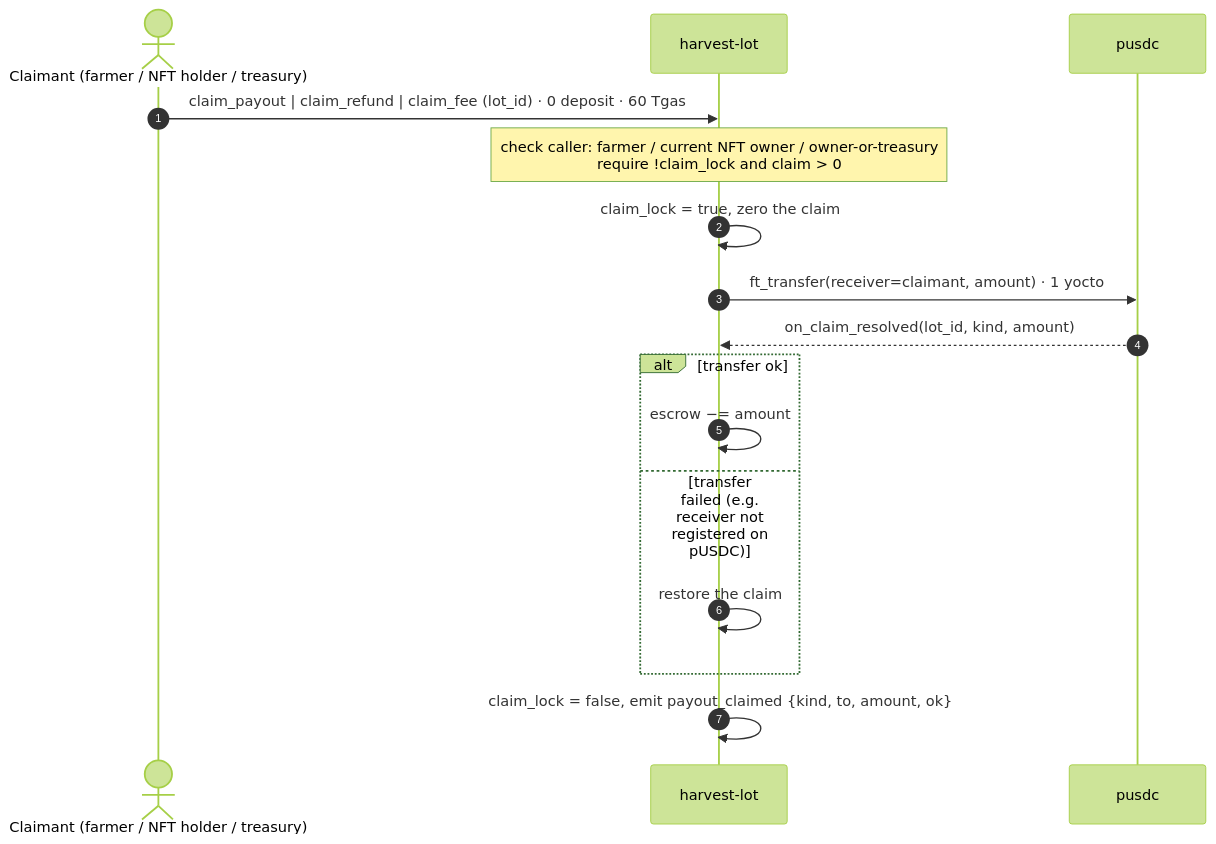
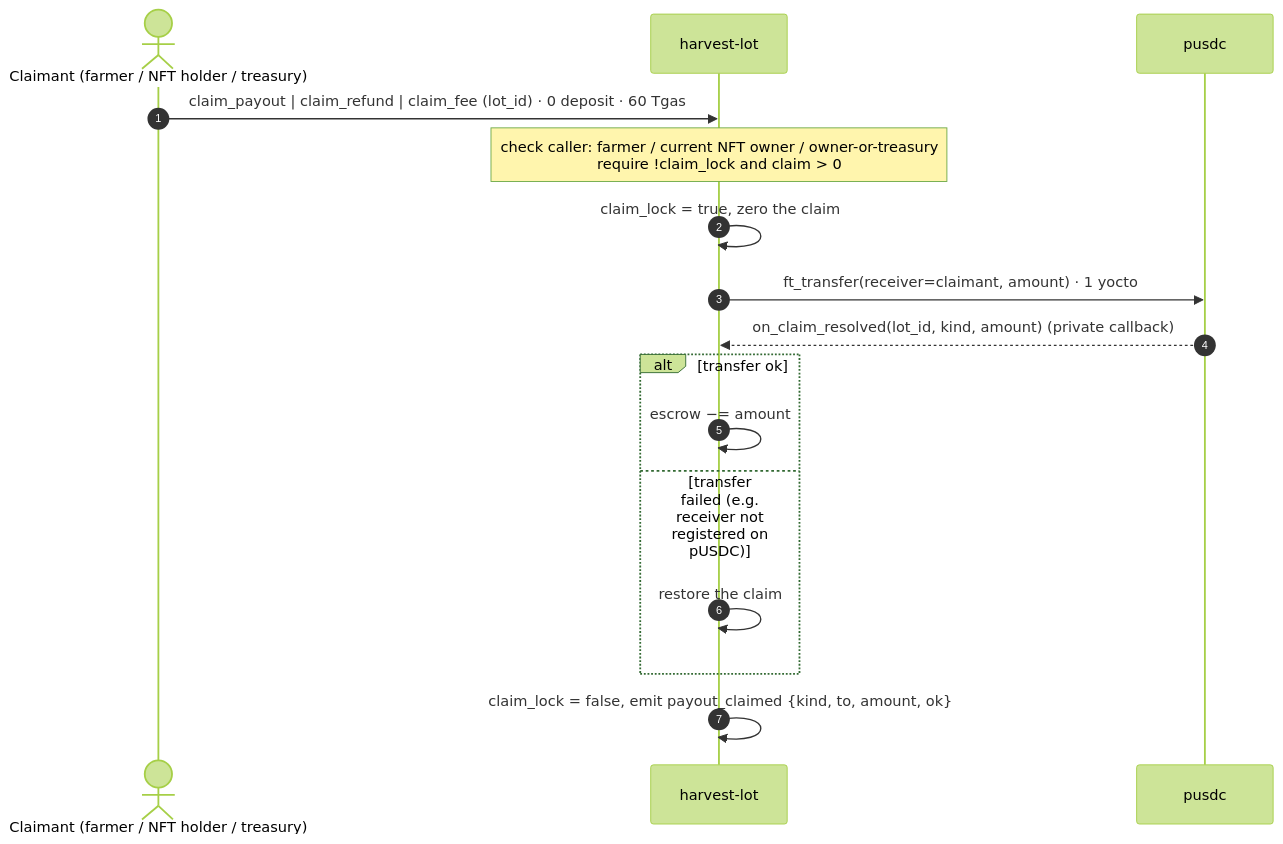
The fourth of 4 diagrams in docs/ARCHITECTURE.md (hellodanzr/pratala-near), drawn with Mermaid (forest theme) before and after one commit. The commit also changed other lines of this file, not shown here.

Commit message:
docs: architecture mermaid labels render on GitHub; clarify field-agent limit

````diff
--- a/docs/ARCHITECTURE.md
+++ b/docs/ARCHITECTURE.md
@@ -98,18 +98,18 @@
 ```mermaid
 sequenceDiagram
   autonumber
   actor C as Claimant (farmer / NFT holder / treasury)
   participant L as harvest-lot
   participant FT as pusdc
   C->>L: claim_payout | claim_refund | claim_fee (lot_id) · 0 deposit · 60 Tgas
   Note over L: check caller: farmer / current NFT owner / owner-or-treasury<br/>require !claim_lock and claim > 0
   L->>L: claim_lock = true, zero the claim
   L->>FT: ft_transfer(receiver=claimant, amount) · 1 yocto
-  FT-->>L: on_claim_resolved(lot_id, kind, amount) #[private]
+  FT-->>L: on_claim_resolved(lot_id, kind, amount) (private callback)
   alt transfer ok
     L->>L: escrow −= amount
   else transfer failed (e.g. receiver not registered on pUSDC)
     L->>L: restore the claim
   end
   L->>L: claim_lock = false, emit payout_claimed {kind, to, amount, ok}
 ```
````
